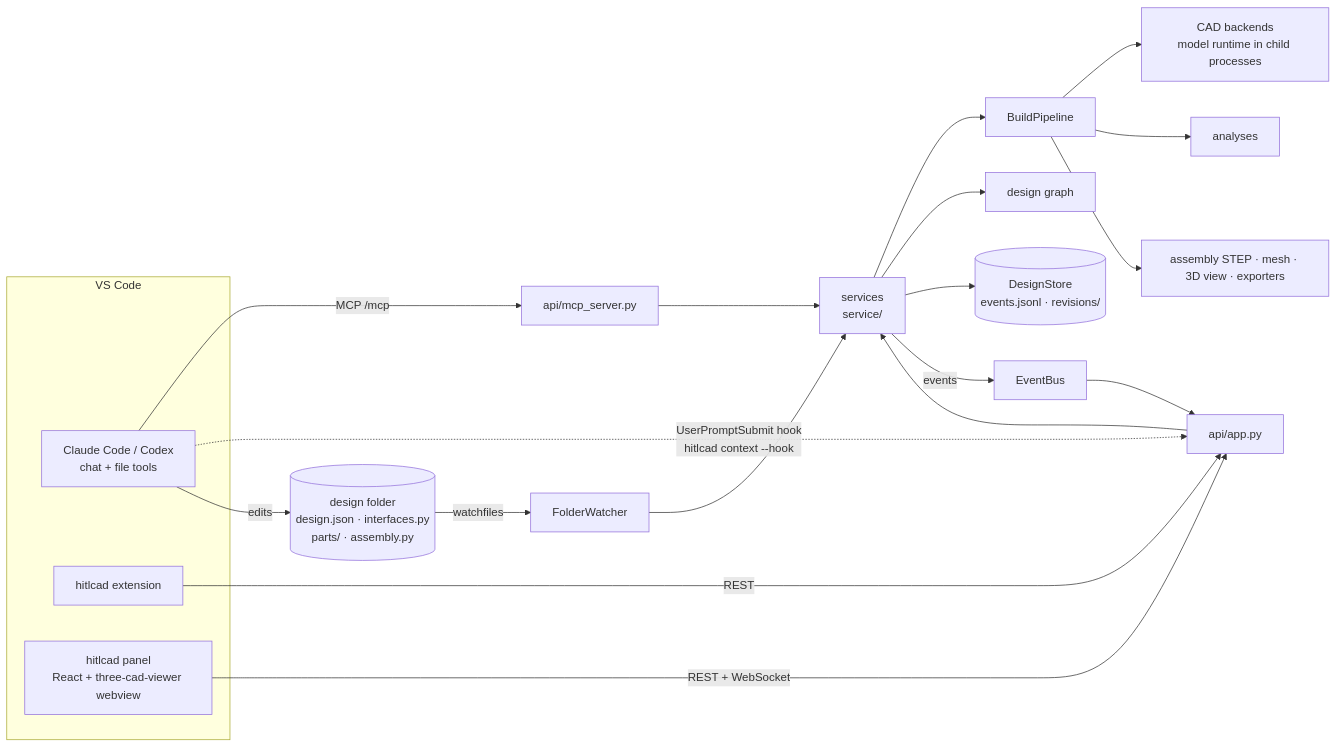
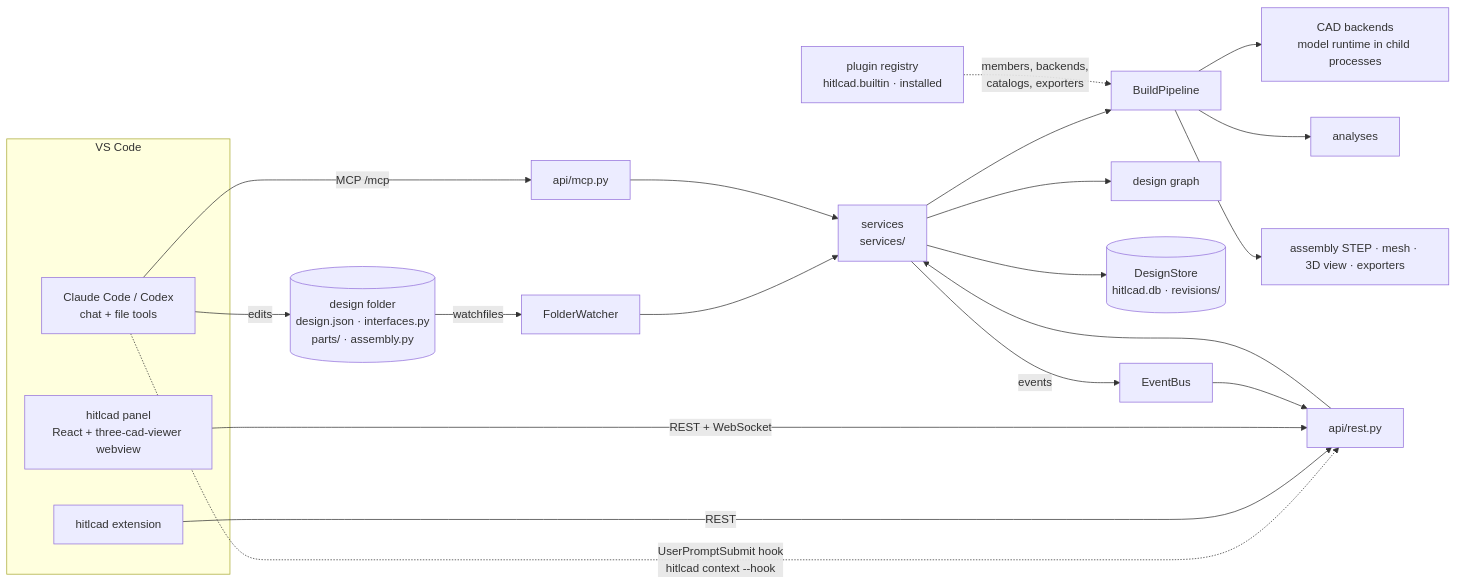
The diagram in docs/architecture.md (blne-team/hitlcad), drawn with Mermaid before and after one commit. The commit also changed other lines of this file and 217 other files, not shown here.

````diff
--- a/docs/architecture.md
+++ b/docs/architecture.md
@@ -14,23 +14,24 @@
 ```mermaid
 flowchart LR
   subgraph VS Code
     CC[Claude Code / Codex<br/>chat + file tools]
     EXT[hitlcad extension]
     PANEL[hitlcad panel<br/>React + three-cad-viewer webview]
   end
-  CC -- MCP /mcp --> MCP[api/mcp_server.py]
+  CC -- MCP /mcp --> MCP[api/mcp.py]
   CC -. UserPromptSubmit hook<br/>hitlcad context --hook .-> API
   CC -- edits --> F[(design folder<br/>design.json · interfaces.py<br/>parts/ · assembly.py)]
-  EXT -- REST --> API[api/app.py]
+  EXT -- REST --> API[api/rest.py]
   PANEL -- REST + WebSocket --> API
   F -- watchfiles --> W[FolderWatcher]
   W --> S
-  API --> S[services<br/>service/]
+  API --> S[services<br/>services/]
   MCP --> S
   S --> P[BuildPipeline] --> B[CAD backends<br/>model runtime in child processes]
   P --> A[analyses]
   P --> X[assembly STEP · mesh · 3D view · exporters]
   S --> G[design graph]
-  S --> ST[(DesignStore<br/>events.jsonl · revisions/)]
+  S --> ST[(DesignStore<br/>hitlcad.db · revisions/)]
+  REG[plugin registry<br/>hitlcad.builtin · installed] -. members, backends,<br/>catalogs, exporters .-> P
   S -- events --> BUS[EventBus] --> API
 ```
````
